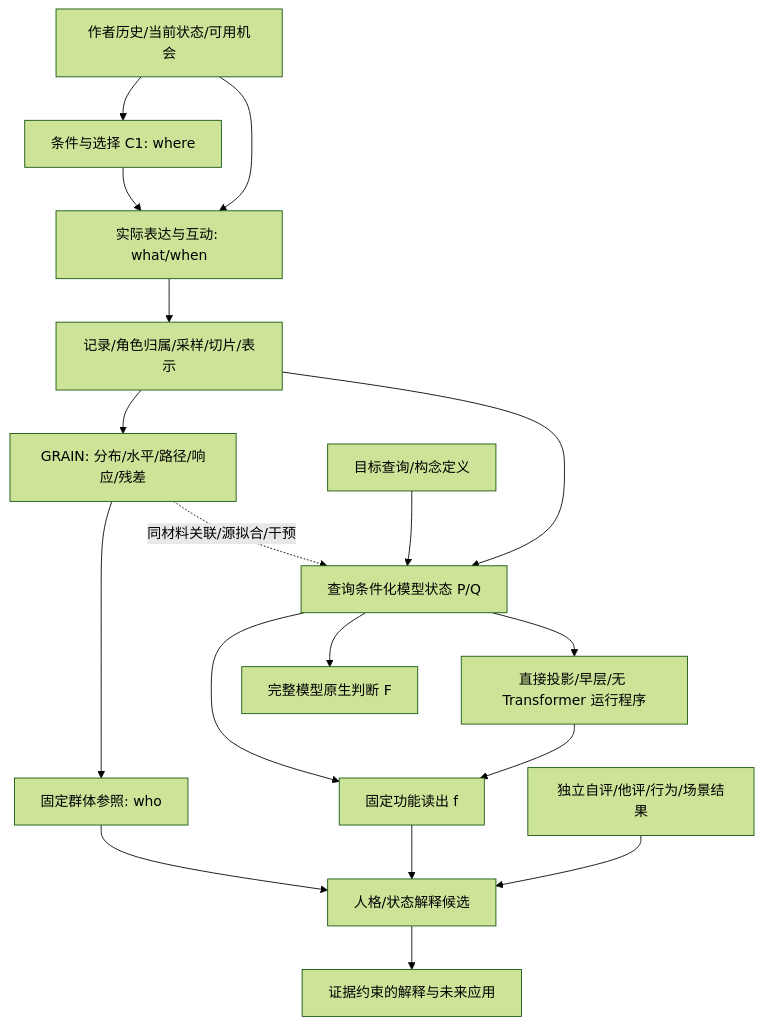
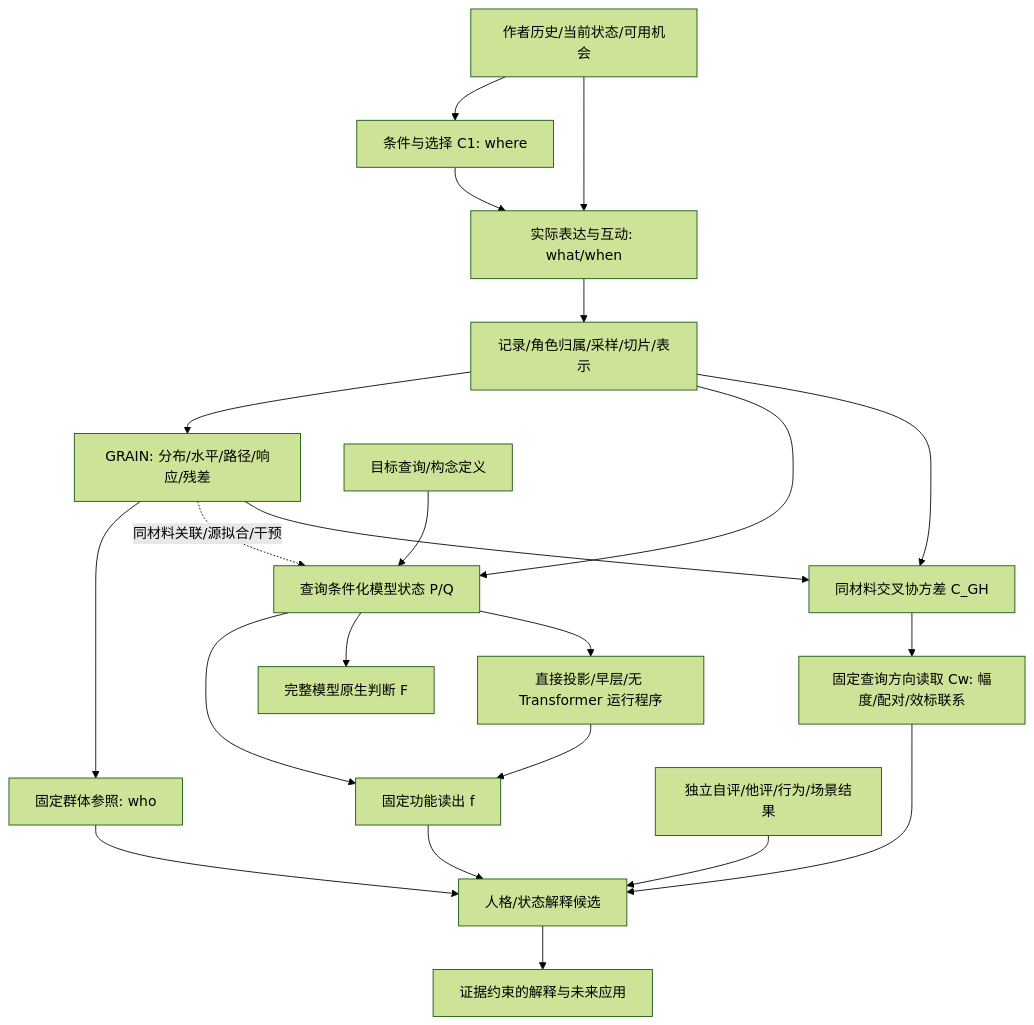
The first of 2 diagrams in docs/GRAIN_SYSTEM_LOGIC_ATLAS_V1.md (reiserhhh/GRAIN), drawn with Mermaid (forest theme) before and after one commit. The commit also changed other lines of this file and 16 other files, not shown here.

````diff
--- a/docs/GRAIN_SYSTEM_LOGIC_ATLAS_V1.md
+++ b/docs/GRAIN_SYSTEM_LOGIC_ATLAS_V1.md
@@ -22,20 +22,24 @@
 ```mermaid
 flowchart TD
   U[作者历史/当前状态/可用机会] --> C[条件与选择 C1: where]
   U --> T[实际表达与互动: what/when]
   C --> T
   T --> O[记录/角色归属/采样/切片/表示]
   O --> G[GRAIN: 分布/水平/路径/响应/残差]
   G --> N[固定群体参照: who]
   O --> H[查询条件化模型状态 P/Q]
   Q[目标查询/构念定义] --> H
   H --> F[固定功能读出 f]
   H --> M[完整模型原生判断 F]
   G -. 同材料关联/源拟合/干预 .-> H
+  G --> J[同材料交叉协方差 C_GH]
+  O --> J
+  J --> W[固定查询方向读取 Cw: 幅度/配对/效标联系]
+  W --> I
   H --> R[直接投影/早层/无 Transformer 运行程序]
   R --> F
   N --> I[人格/状态解释候选]
   F --> I
   Y[独立自评/他评/行为/场景结果] --> I
   I --> A[证据约束的解释与未来应用]
 ```
````
